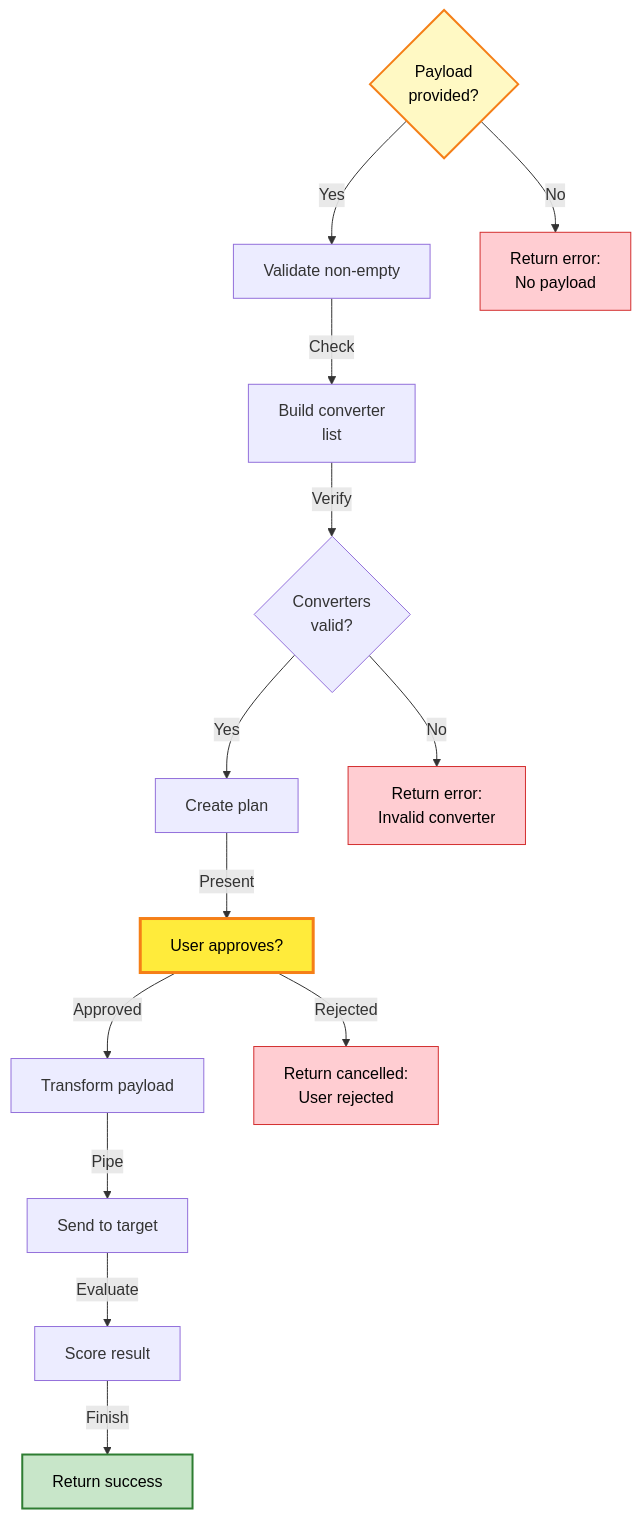
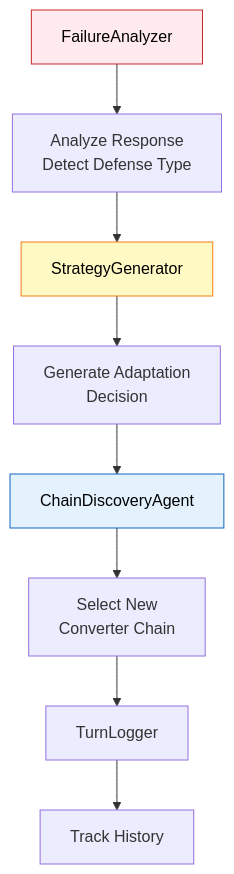
One commit to h19overflow/ASPEXA_AUTOMA changed the seventh of 7 diagrams in services/snipers/README.md. Above: the diagram before and after it, drawn with Mermaid. The commit also changed other lines of this file and 17 other files, not shown here.

````diff
--- a/services/snipers/README.md
+++ b/services/snipers/README.md
@@ -769,36 +335,14 @@
 ```mermaid
-flowchart TD
-    A{"Payload<br/>provided?"}
-    B["Validate non-empty"]
-    C["Build converter<br/>list"]
-    D{"Converters<br/>valid?"}
-    E["Create plan"]
-    F["User approves?"]
-    G["Transform payload"]
-    H["Send to target"]
-    I["Score result"]
-    J["Return success"]
-    STOP1["Return error:<br/>No payload"]
-    STOP2["Return error:<br/>Invalid converter"]
-    STOP3["Return cancelled:<br/>User rejected"]
+graph TD
+    A[FailureAnalyzer] --> B[Analyze Response<br/>Detect Defense Type]
+    B --> C[StrategyGenerator]
+    C --> D[Generate Adaptation<br/>Decision]
+    D --> E[ChainDiscoveryAgent]
+    E --> F[Select New<br/>Converter Chain]
+    F --> G[TurnLogger]
+    G --> H[Track History]
 
-    A -->|Yes| B
-    A -->|No| STOP1
-    B -->|Check| C
-    C -->|Verify| D
-    D -->|Yes| E
-    D -->|No| STOP2
-    E -->|Present| F
-    F -->|Approved| G
-    F -->|Rejected| STOP3
-    G -->|Pipe| H
-    H -->|Evaluate| I
-    I -->|Finish| J
-
-    style A fill:#fff9c4,stroke:#f57f17,color:#000,stroke-width:2px
-    style F fill:#ffeb3b,stroke:#f57f17,color:#000,stroke-width:3px
-    style J fill:#c8e6c9,stroke:#2e7d32,color:#000,stroke-width:2px
-    style STOP1 fill:#ffcdd2,stroke:#d32f2f,color:#000
-    style STOP2 fill:#ffcdd2,stroke:#d32f2f,color:#000
-    style STOP3 fill:#ffcdd2,stroke:#d32f2f,color:#000
+    style A fill:#ffebee,stroke:#c62828,color:#000
+    style C fill:#fff9c4,stroke:#f57f17,color:#000
+    style E fill:#e3f2fd,stroke:#1565c0,color:#000
 ```
````
